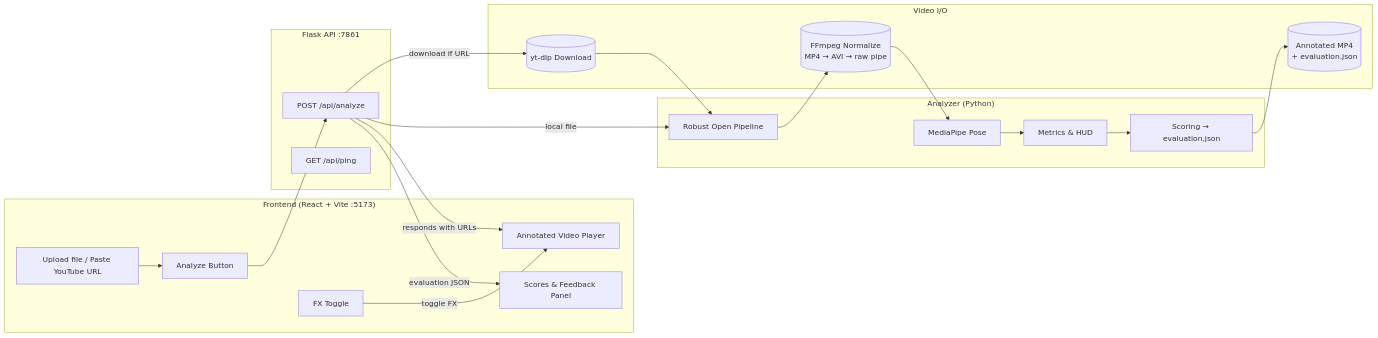
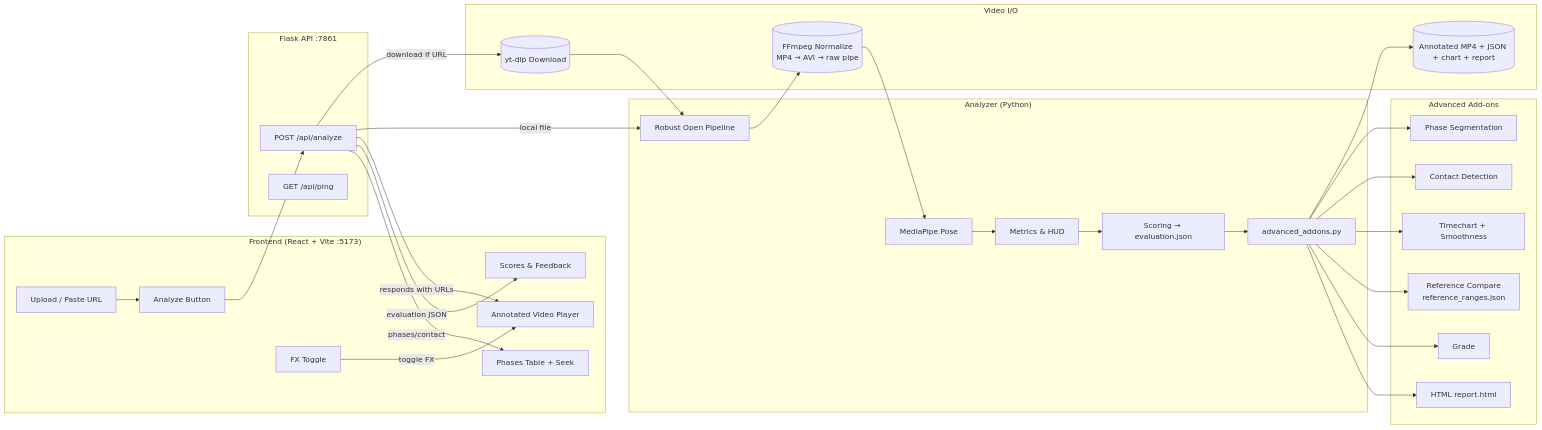
The diagram in README.md (Hitme02/FrontFoot-AI), drawn with Mermaid before and after one commit. The commit also changed other lines of this file, not shown here.

````diff
--- a/README.md
+++ b/README.md
@@ -194,37 +211,50 @@
 ```mermaid
 flowchart LR
   subgraph UI["Frontend (React + Vite :5173)"]
-    A[Upload file / Paste YouTube URL]
+    A[Upload / Paste URL]
     B[Analyze Button]
     C[Annotated Video Player]
-    D[Scores & Feedback Panel]
-    E[FX Toggle]
+    D[Scores & Feedback]
+    P[Phases Table + Seek]
+    X[FX Toggle]
   end
 
   subgraph API["Flask API :7861"]
     F[POST /api/analyze]
     G[GET /api/ping]
   end
 
   subgraph Analyzer["Analyzer (Python)"]
     H[Robust Open Pipeline]
     I[MediaPipe Pose]
     J[Metrics & HUD]
     K[Scoring → evaluation.json]
+    AA[advanced_addons.py]
+  end
+
+  subgraph AddOns["Advanced Add-ons"]
+    S[Phase Segmentation]
+    T[Contact Detection]
+    U[Timechart + Smoothness]
+    V[Reference Compare<br/>reference_ranges.json]
+    W[Grade]
+    R[HTML report.html]
   end
 
   subgraph IO["Video I/O"]
-    L[(yt-dlp Download)]
-    M[(FFmpeg Normalize<br/>MP4 → AVI → raw pipe)]
-    N[(Annotated MP4<br/>+ evaluation.json)]
+    Y[(yt-dlp Download)]
+    Z[(FFmpeg Normalize<br/>MP4 → AVI → raw pipe)]
+    N[(Annotated MP4 + JSON + chart + report)]
   end
 
   A --> B --> F
-  F -->|download if URL| L --> H
+  F -->|download if URL| Y --> H
   F -->|local file| H
+  H --> Z --> I --> J --> K --> AA --> N
+  AA --> S & T & U & V & W & R
 
-  H --> M --> I --> J --> K --> N
   F -->|responds with URLs| C
   F -->|evaluation JSON| D
-  E -->|toggle FX| C
+  F -->|phases/contact| P
+  X -->|toggle FX| C
 ```
````
